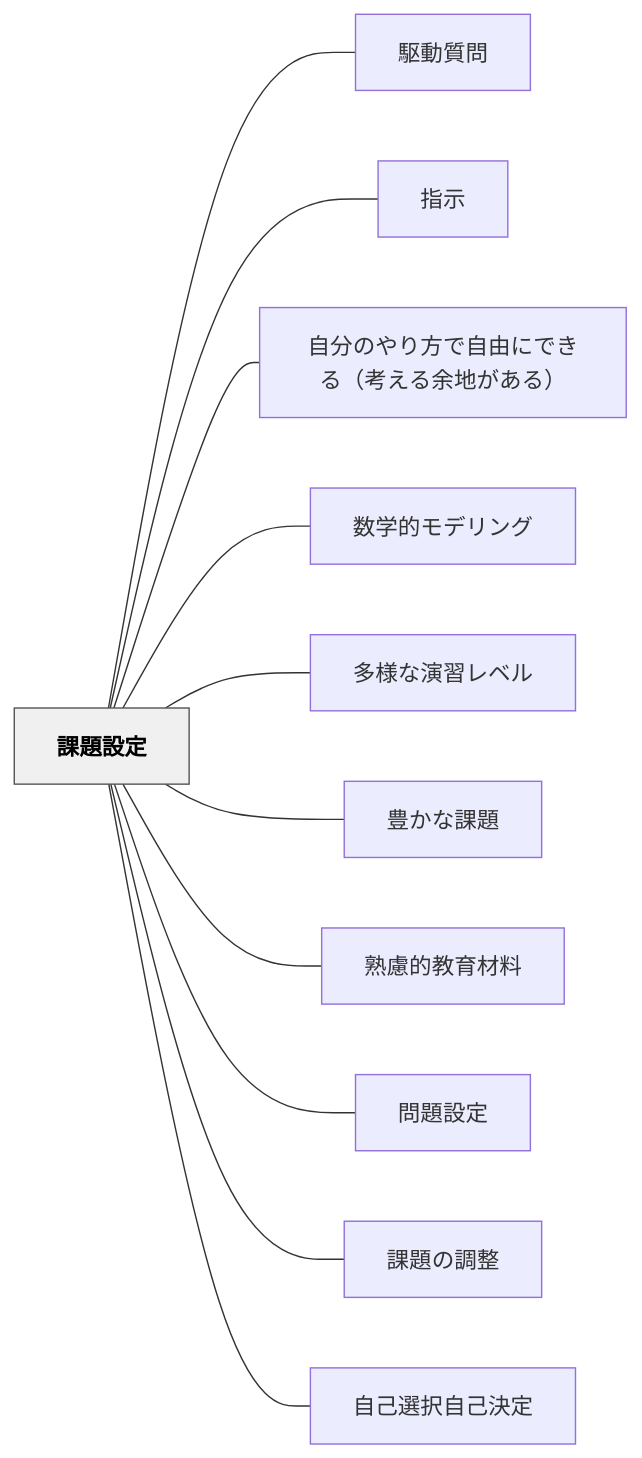
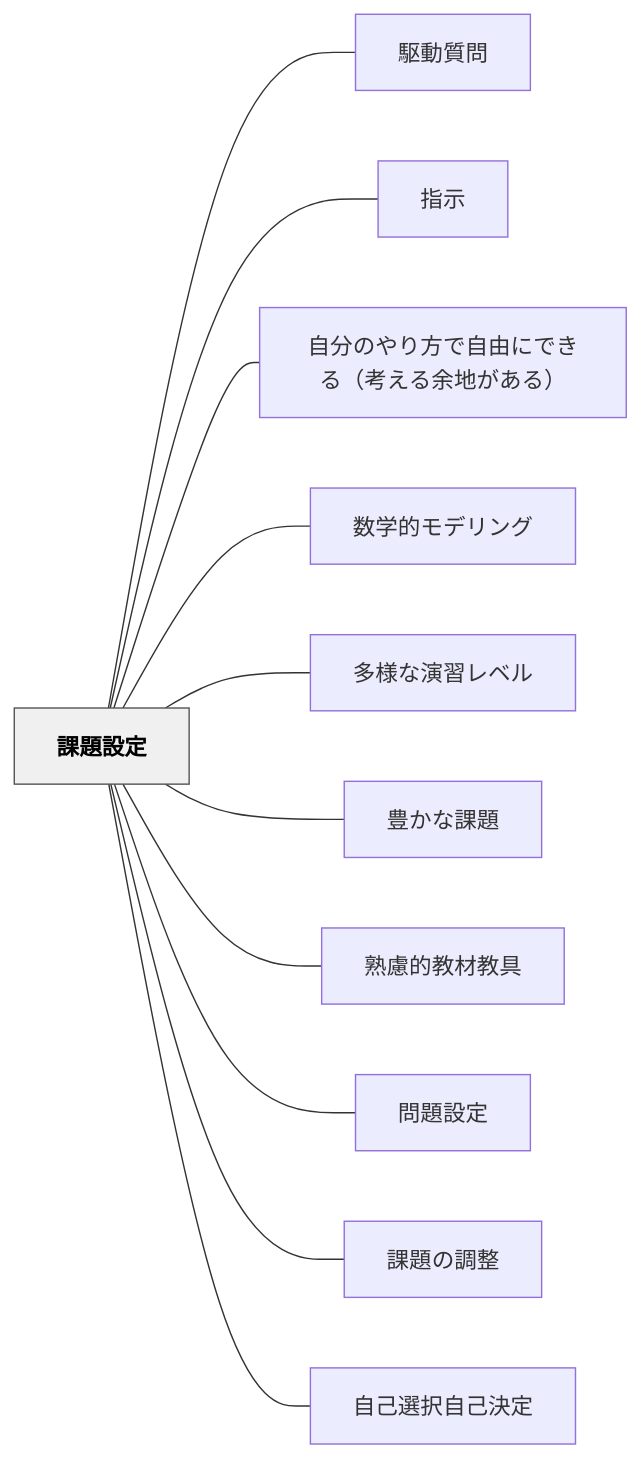
Before and after one commit to unknownthings-ed-patterns/unknownthings-ed-patterns: the diagram in content/パタン/課題設定.md, drawn with Mermaid. The commit also changed other lines of this file and 72 other files, not shown here.

````diff
--- a/content/パタン/課題設定.md
+++ b/content/パタン/課題設定.md
@@ -51,28 +51,28 @@
 ```mermaid
 flowchart LR
     ne8aab2e9a18ce8a8ade5ae9a["課題設定"]
     ne9a786e58b95e8b3aae5958f["駆動質問"]
     ne68c87e7a4ba["指示"]
     ne887aae58886e381aee38284e3828ae696b9e381a7e887aae794b1e381abe381a7e3818de3828befbc88e88083e38188e3828be4bd99e59cb0e3818ce38182e3828befbc89["自分のやり方で自由にできる（考える余地がある）"]
     ne695b0e5ada6e79a84e383a2e38387e383aae383b3e382b0["数学的モデリング"]
     ne5a49ae6a798e381aae6bc94e7bf92e383ace38399e383ab["多様な演習レベル"]
     ne8b18ae3818be381aae8aab2e9a18c["豊かな課題"]
-    ne7869fe685aee79a84e69599e882b2e69d90e69699["熟慮的教育材料"]
+    ne7869fe685aee79a84e69599e69d90e69599e585b7["熟慮的教材教具"]
     ne5958fe9a18ce8a8ade5ae9a["問題設定"]
     ne8aab2e9a18ce381aee8aabfe695b4["課題の調整"]
     ne887aae5b7b1e981b8e68a9ee887aae5b7b1e6b1bae5ae9a["自己選択自己決定"]
 
     ne8aab2e9a18ce8a8ade5ae9a --- ne9a786e58b95e8b3aae5958f
     ne8aab2e9a18ce8a8ade5ae9a --- ne68c87e7a4ba
     ne8aab2e9a18ce8a8ade5ae9a --- ne887aae58886e381aee38284e3828ae696b9e381a7e887aae794b1e381abe381a7e3818de3828befbc88e88083e38188e3828be4bd99e59cb0e3818ce38182e3828befbc89
     ne8aab2e9a18ce8a8ade5ae9a --- ne695b0e5ada6e79a84e383a2e38387e383aae383b3e382b0
     ne8aab2e9a18ce8a8ade5ae9a --- ne5a49ae6a798e381aae6bc94e7bf92e383ace38399e383ab
     ne8aab2e9a18ce8a8ade5ae9a --- ne8b18ae3818be381aae8aab2e9a18c
-    ne8aab2e9a18ce8a8ade5ae9a --- ne7869fe685aee79a84e69599e882b2e69d90e69699
+    ne8aab2e9a18ce8a8ade5ae9a --- ne7869fe685aee79a84e69599e69d90e69599e585b7
     ne8aab2e9a18ce8a8ade5ae9a --- ne5958fe9a18ce8a8ade5ae9a
     ne8aab2e9a18ce8a8ade5ae9a --- ne8aab2e9a18ce381aee8aabfe695b4
     ne8aab2e9a18ce8a8ade5ae9a --- ne887aae5b7b1e981b8e68a9ee887aae5b7b1e6b1bae5ae9a
 
     classDef hub fill:#f0f0f0,stroke:#555,color:#000,font-weight:bold
     class ne8aab2e9a18ce8a8ade5ae9a hub
 ```
````
